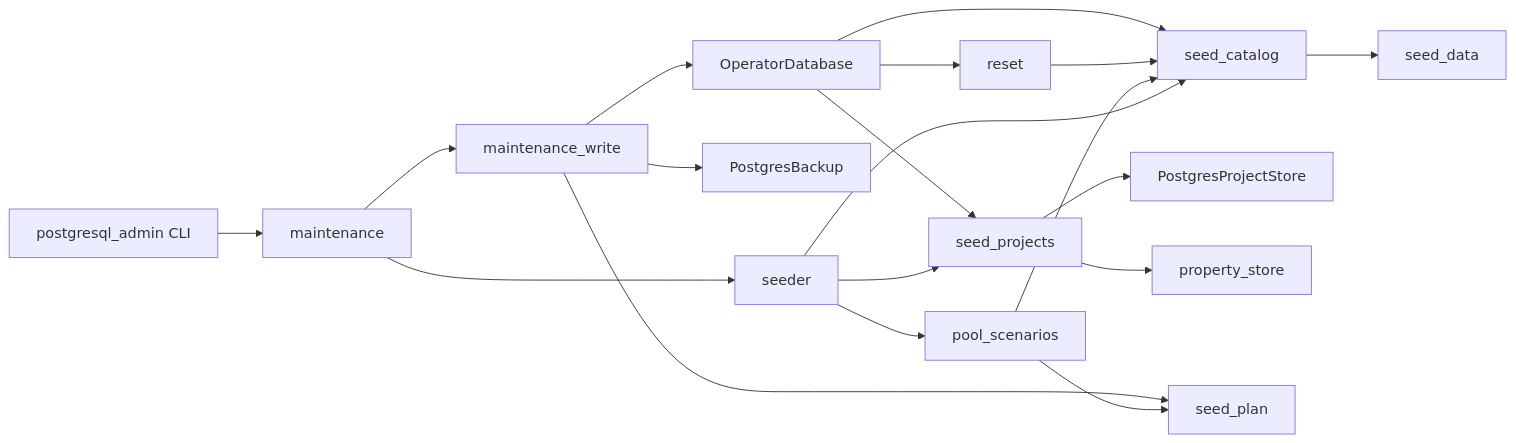
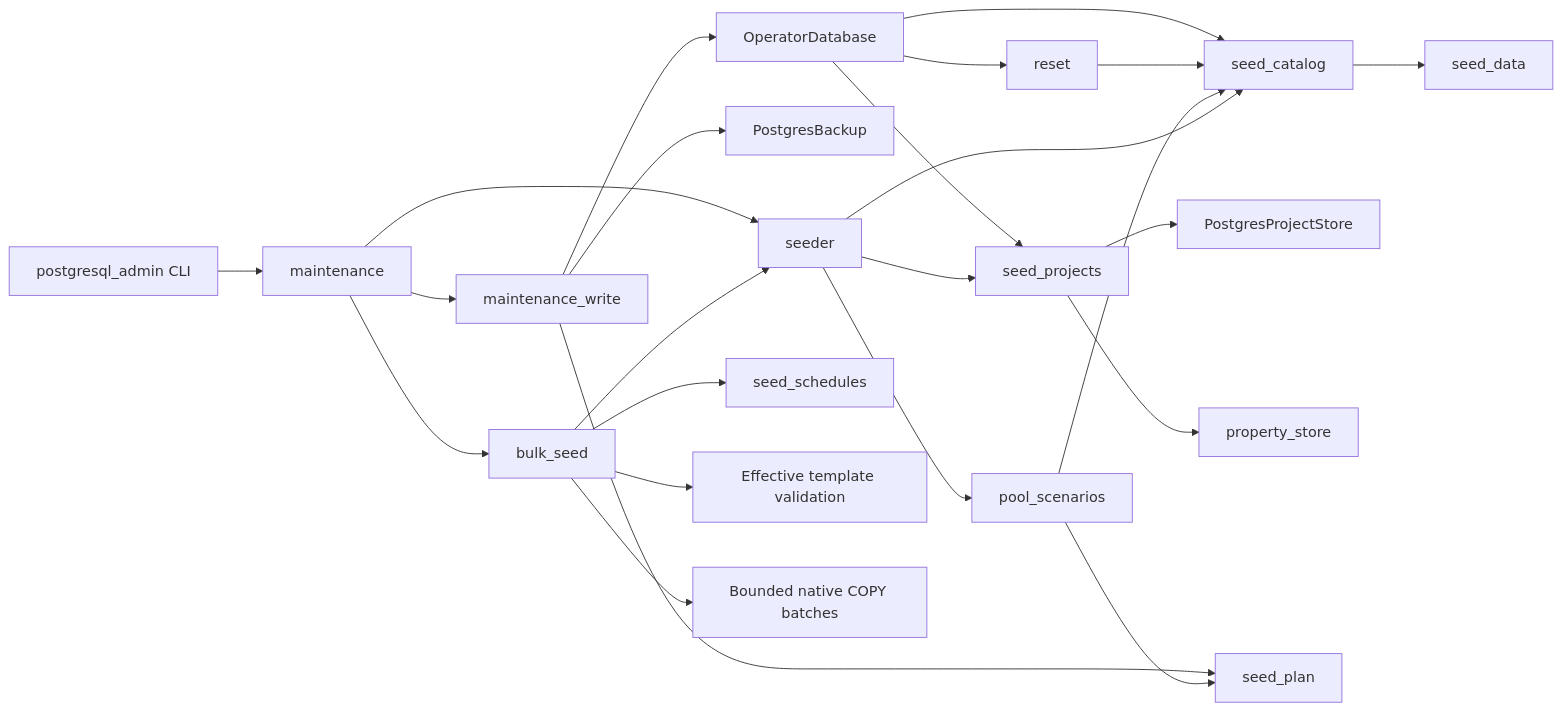
The diagram in docs/implementation/postgresql-seeding.md (cboguet83/eppm_demo), drawn with Mermaid before and after one commit. The commit also changed other lines of this file and 14 other files, not shown here.

````diff
--- a/docs/implementation/postgresql-seeding.md
+++ b/docs/implementation/postgresql-seeding.md
@@ -66,21 +66,26 @@
 ```mermaid
 flowchart LR
     OperatorDatabase --> seed_catalog
     OperatorDatabase --> seed_projects
     OperatorDatabase --> reset
     seed_catalog --> seed_data
     seed_projects --> PostgresProjectStore
     seed_projects --> property_store
     reset --> seed_catalog
     maintenance_write --> PostgresBackup
     maintenance_write --> OperatorDatabase
     maintenance_write --> seed_plan
     pool_scenarios --> seed_plan
     pool_scenarios --> seed_catalog
     CLI[postgresql_admin CLI] --> maintenance
     maintenance --> maintenance_write
     maintenance --> seeder
     seeder --> seed_catalog
     seeder --> seed_projects
     seeder --> pool_scenarios
+    maintenance --> bulk_seed
+    bulk_seed --> seed_schedules
+    bulk_seed --> seeder
+    bulk_seed --> Templates[Effective template validation]
+    bulk_seed --> Copy[Bounded native COPY batches]
 ```
````
